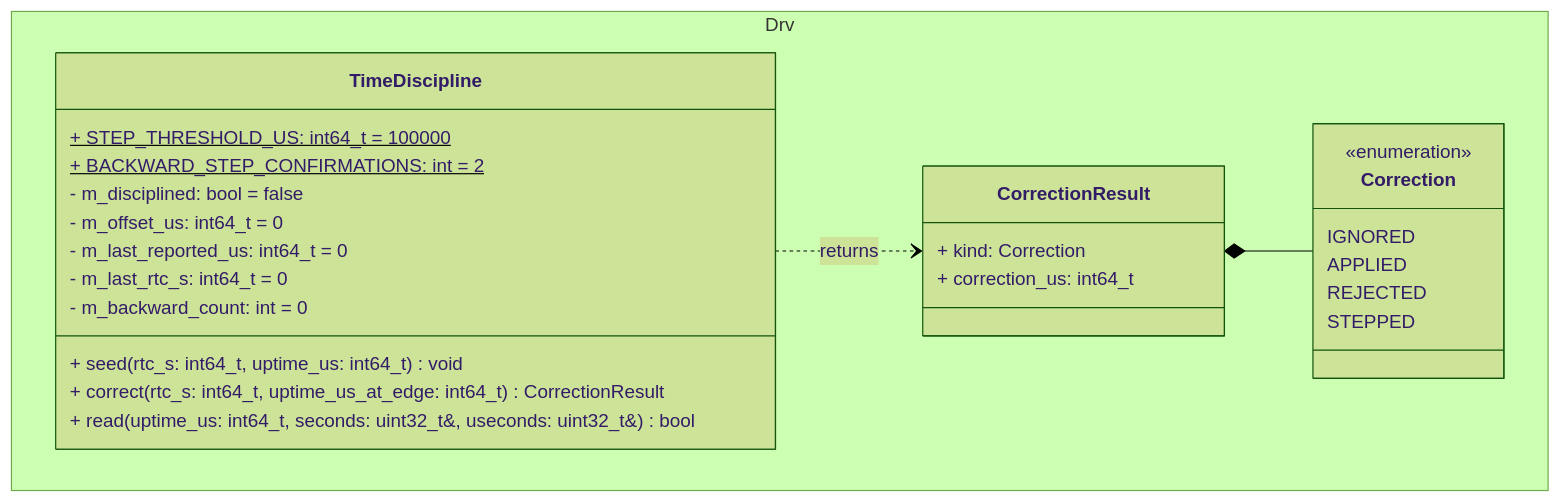
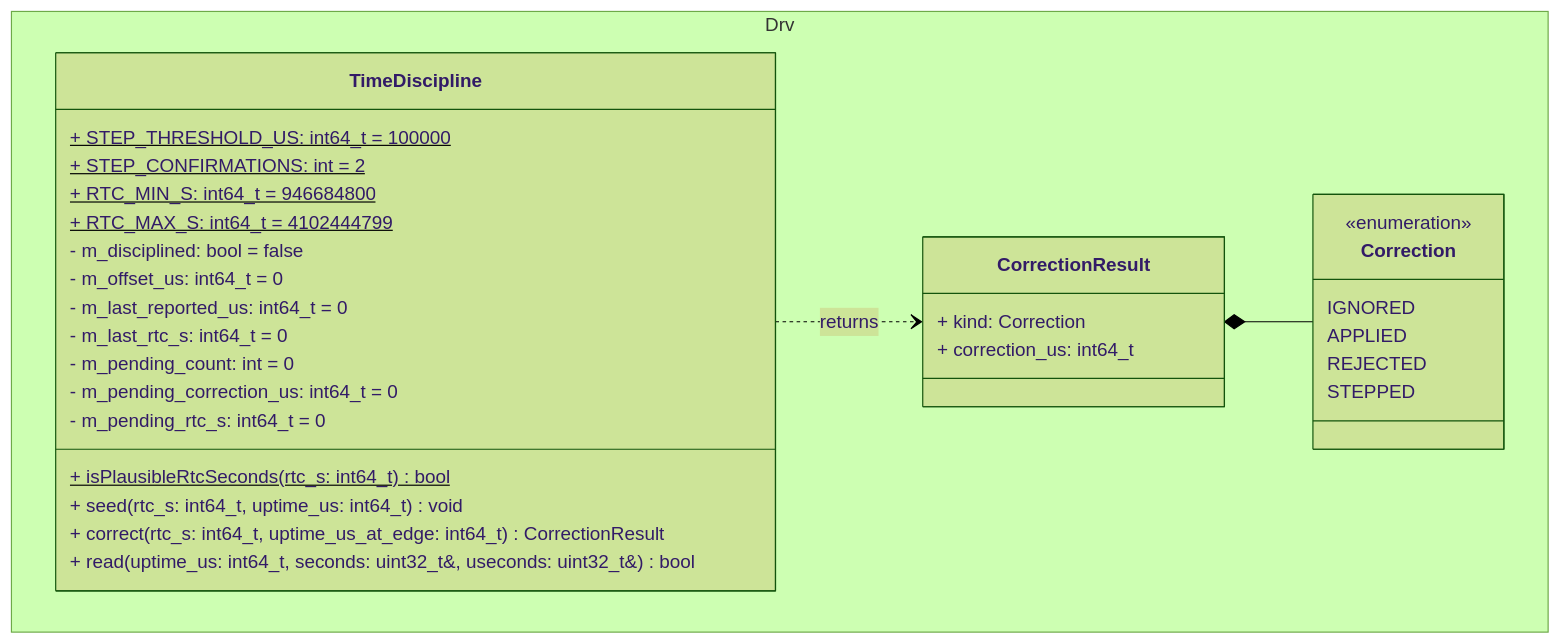
Before and after one commit to Open-Source-Space-Foundation/proves-core-reference: the second of 18 diagrams in docs-site/components/RtcManager.md, drawn with Mermaid (forest theme). The commit also changed other lines of this file and 7 other files, not shown here.

````diff
--- a/docs-site/components/RtcManager.md
+++ b/docs-site/components/RtcManager.md
@@ -252,31 +255,36 @@
 ```mermaid
 classDiagram
     namespace Drv {
         class TimeDiscipline {
             + STEP_THRESHOLD_US: int64_t = 100000$
-            + BACKWARD_STEP_CONFIRMATIONS: int = 2$
+            + STEP_CONFIRMATIONS: int = 2$
+            + RTC_MIN_S: int64_t = 946684800$
+            + RTC_MAX_S: int64_t = 4102444799$
             - m_disciplined: bool = false
             - m_offset_us: int64_t = 0
             - m_last_reported_us: int64_t = 0
             - m_last_rtc_s: int64_t = 0
-            - m_backward_count: int = 0
+            - m_pending_count: int = 0
+            - m_pending_correction_us: int64_t = 0
+            - m_pending_rtc_s: int64_t = 0
 
+            + isPlausibleRtcSeconds(rtc_s: int64_t) bool$
             + seed(rtc_s: int64_t, uptime_us: int64_t) void
             + correct(rtc_s: int64_t, uptime_us_at_edge: int64_t) CorrectionResult
             + read(uptime_us: int64_t, seconds: uint32_t&, useconds: uint32_t&) bool
         }
         class Correction {
             <<enumeration>>
             IGNORED
             APPLIED
             REJECTED
             STEPPED
         }
         class CorrectionResult {
             + kind: Correction
             + correction_us: int64_t
         }
     }
     TimeDiscipline ..> CorrectionResult : returns
     CorrectionResult *-- Correction
 ```
````
